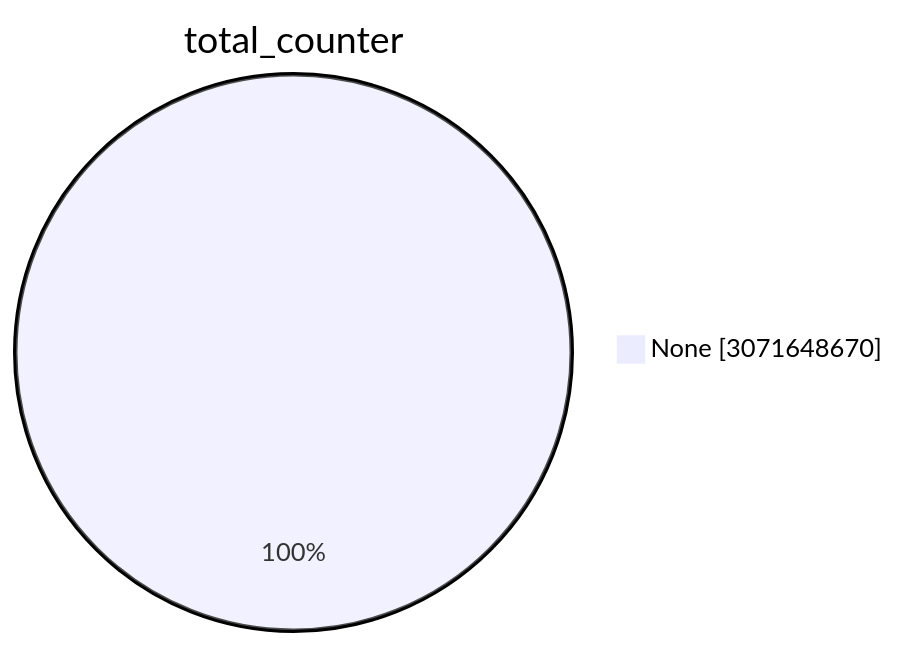
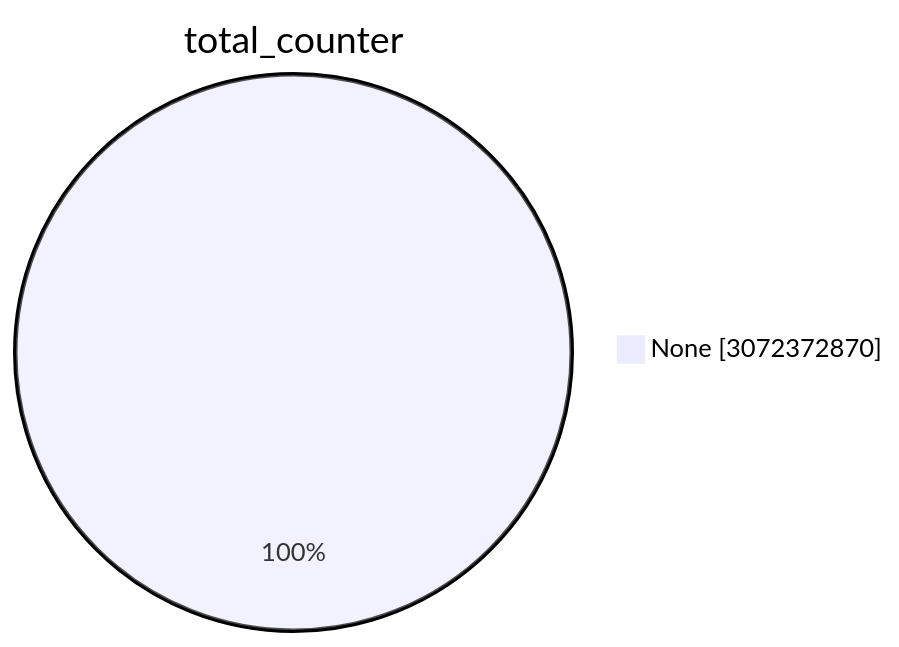
Before and after one commit to christiankrug/ctmonitor_visualization: the first of 15 diagrams in TOTAL/README.md, drawn with Mermaid. The commit also changed other lines of this file, not shown here.

````diff
--- a/TOTAL/README.md
+++ b/TOTAL/README.md
@@ -1,5 +1,5 @@
 ```mermaid
 pie showData
 title total_counter
-"None" :3071648670
+"None" :3072372870
 ```
````
